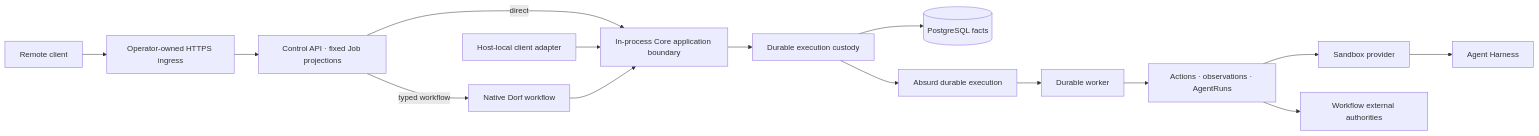
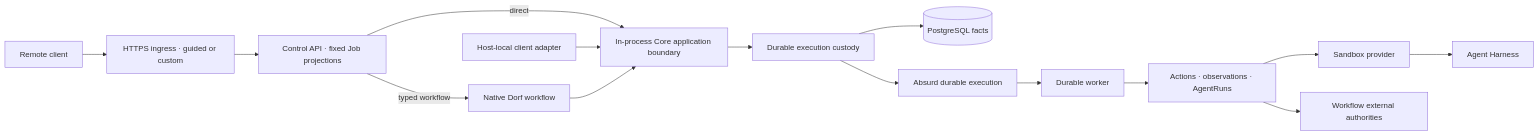
Before and after one commit to aphronio/dorf: the diagram in docs/project/architecture.md, drawn with Mermaid. The commit also changed other lines of this file and 18 other files, not shown here.

````diff
--- a/docs/project/architecture.md
+++ b/docs/project/architecture.md
@@ -11,17 +11,17 @@
 ```mermaid
 flowchart LR
-    Remote["Remote client"] --> Ingress["Operator-owned HTTPS ingress"]
+    Remote["Remote client"] --> Ingress["HTTPS ingress · guided or custom"]
     Ingress --> API["Control API · fixed Job projections"]
     API -->|direct| Core["In-process Core application boundary"]
     Client["Host-local client adapter"] --> Core
     Workflow["Native Dorf workflow"] --> Core
     API -->|typed workflow| Workflow
     Core --> Custody["Durable execution custody"]
     Custody --> PG[("PostgreSQL facts")]
     Custody --> Absurd["Absurd durable execution"]
     Absurd --> Worker["Durable worker"]
     Worker --> Edge["Actions · observations · AgentRuns"]
     Edge --> Sandbox["Sandbox provider"]
     Edge --> External["Workflow external authorities"]
     Sandbox --> Harness["Agent Harness"]
 ```
````
